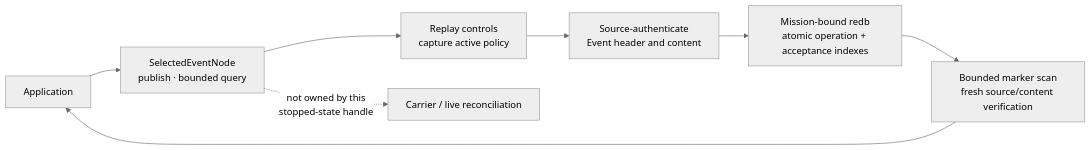
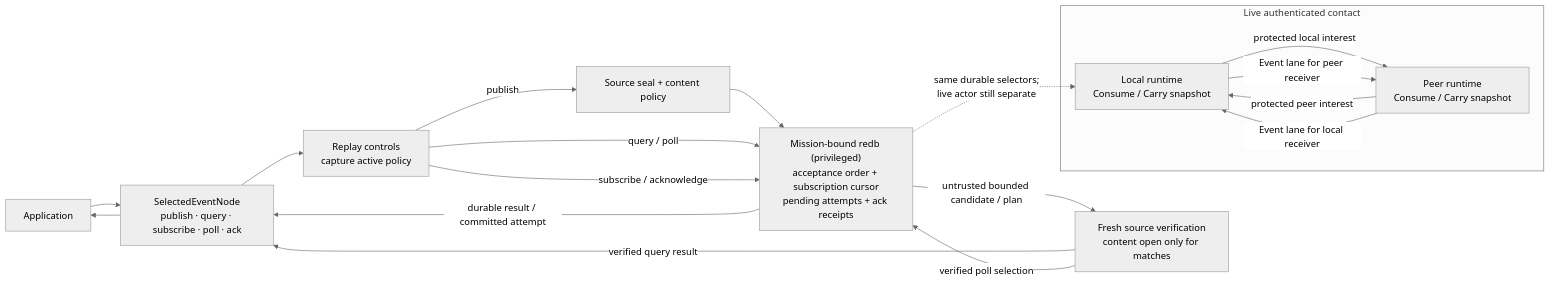
One commit to asirak-astertech/aster changed the diagram in docs/quickstart/selected-event-api.md. Above: the diagram before and after it, drawn with Mermaid (neutral theme). The commit also changed other lines of this file and 24 other files, not shown here.

First line of the commit message:
feat(node): add durable Event subscriptions (#25)

````diff
--- a/docs/quickstart/selected-event-api.md
+++ b/docs/quickstart/selected-event-api.md
@@ -110,10 +169,25 @@
 ```mermaid
 flowchart LR
-    App["Application"] --> API["SelectedEventNode<br/>publish · bounded query"]
+    App["Application"] --> API["SelectedEventNode<br/>publish · query · subscribe · poll · ack"]
     API --> Policy["Replay controls<br/>capture active policy"]
-    Policy --> Source["Source-authenticate<br/>Event header and content"]
-    Source --> Store["Mission-bound redb<br/>atomic operation + acceptance indexes"]
-    Store --> Verify["Bounded marker scan<br/>fresh source/content verification"]
-    Verify --> App
-    API -. "not owned by this<br/>stopped-state handle" .-> Carrier["Carrier / live reconciliation"]
+    Policy -->|"publish"| Seal["Source seal + content policy"]
+    Seal --> Store["Mission-bound redb (privileged)<br/>acceptance order + subscription cursor<br/>pending attempts + ack receipts"]
+    Policy -->|"query / poll"| Store
+    Store -->|"untrusted bounded candidate / plan"| Verify["Fresh source verification<br/>content open only for matches"]
+    Verify -->|"verified query result"| API
+    Verify -->|"verified poll selection"| Store
+    Policy -->|"subscribe / acknowledge"| Store
+    Store -->|"durable result / committed attempt"| API
+    API --> App
+
+    subgraph Contact["Live authenticated contact"]
+        Local["Local runtime<br/>Consume / Carry snapshot"]
+        Remote["Peer runtime<br/>Consume / Carry snapshot"]
+        Local -->|"protected local interest"| Remote
+        Remote -->|"protected peer interest"| Local
+        Local -->|"Event lane for peer receiver"| Remote
+        Remote -->|"Event lane for local receiver"| Local
+    end
+
+    Store -. "same durable selectors;<br/>live actor still separate" .-> Local
 ```
````
